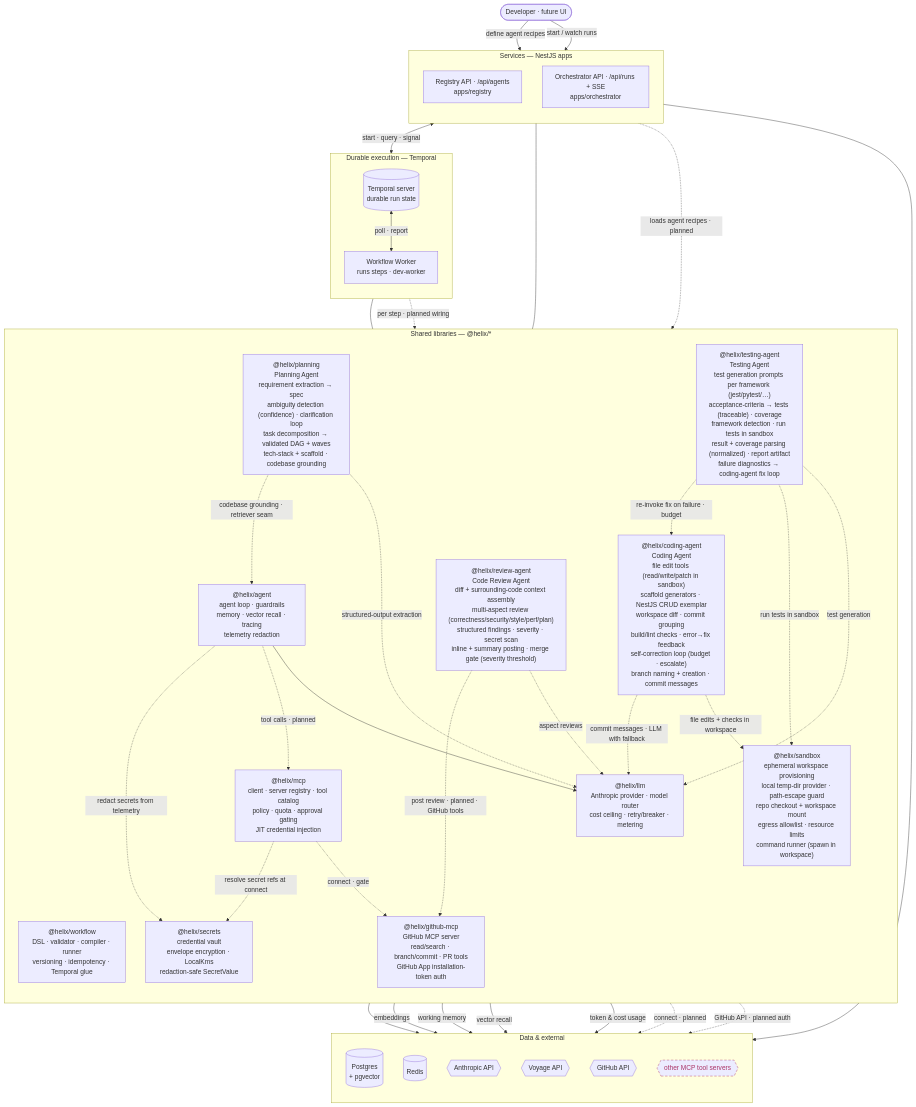
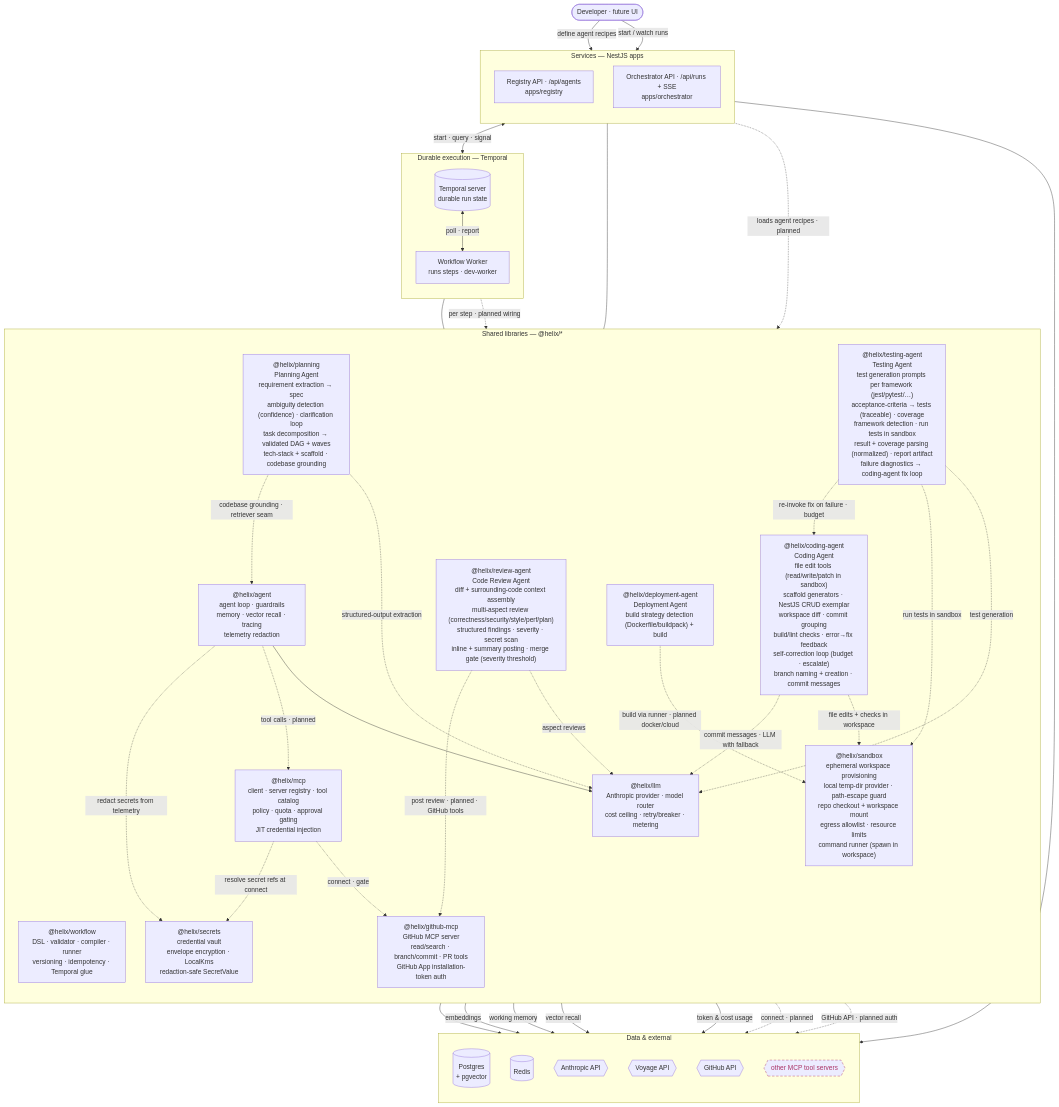
One commit to shhashhank/helix changed the first of 2 diagrams in docs/ARCHITECTURE.md. Above: the diagram before and after it, drawn with Mermaid. The commit also changed other lines of this file and 12 other files, not shown here.

First line of the commit message:
HELIX-124: Dockerfile/buildpack detection + build (#88)

````diff
--- a/docs/ARCHITECTURE.md
+++ b/docs/ARCHITECTURE.md
@@ -16,75 +16,77 @@
 ```mermaid
 flowchart TB
   user([Developer · future UI])
 
   subgraph svc["Services — NestJS apps"]
     direction TB
     reg["Registry API · /api/agents<br/>apps/registry"]
     orc["Orchestrator API · /api/runs + SSE<br/>apps/orchestrator"]
   end
 
   subgraph dur["Durable execution — Temporal"]
     direction TB
     tmp[("Temporal server<br/>durable run state")]
     wkr["Workflow Worker<br/>runs steps · dev-worker"]
   end
 
   subgraph lib["Shared libraries — @helix/*"]
     direction TB
     wf["@helix/workflow<br/>DSL · validator · compiler · runner<br/>versioning · idempotency · Temporal glue"]
     ag["@helix/agent<br/>agent loop · guardrails<br/>memory · vector recall · tracing<br/>telemetry redaction"]
     lm["@helix/llm<br/>Anthropic provider · model router<br/>cost ceiling · retry/breaker · metering"]
     mc["@helix/mcp<br/>client · server registry · tool catalog<br/>policy · quota · approval gating<br/>JIT credential injection"]
     gh["@helix/github-mcp<br/>GitHub MCP server<br/>read/search · branch/commit · PR tools<br/>GitHub App installation-token auth"]
     sec["@helix/secrets<br/>credential vault<br/>envelope encryption · LocalKms<br/>redaction-safe SecretValue"]
     pl["@helix/planning<br/>Planning Agent<br/>requirement extraction → spec<br/>ambiguity detection (confidence) · clarification loop<br/>task decomposition → validated DAG + waves<br/>tech-stack + scaffold · codebase grounding"]
     sbx["@helix/sandbox<br/>ephemeral workspace provisioning<br/>local temp-dir provider · path-escape guard<br/>repo checkout + workspace mount<br/>egress allowlist · resource limits<br/>command runner (spawn in workspace)"]
     cag["@helix/coding-agent<br/>Coding Agent<br/>file edit tools (read/write/patch in sandbox)<br/>scaffold generators · NestJS CRUD exemplar<br/>workspace diff · commit grouping<br/>build/lint checks · error→fix feedback<br/>self-correction loop (budget · escalate)<br/>branch naming + creation · commit messages"]
     rev["@helix/review-agent<br/>Code Review Agent<br/>diff + surrounding-code context assembly<br/>multi-aspect review (correctness/security/style/perf/plan)<br/>structured findings · severity · secret scan<br/>inline + summary posting · merge gate (severity threshold)"]
     tst["@helix/testing-agent<br/>Testing Agent<br/>test generation prompts per framework (jest/pytest/…)<br/>acceptance-criteria → tests (traceable) · coverage<br/>framework detection · run tests in sandbox<br/>result + coverage parsing (normalized) · report artifact<br/>failure diagnostics → coding-agent fix loop"]
+    dep["@helix/deployment-agent<br/>Deployment Agent<br/>build strategy detection (Dockerfile/buildpack) + build"]
   end
 
   subgraph dat["Data & external"]
     direction TB
     pg[("Postgres<br/>+ pgvector")]
     rd[("Redis")]
     an{{Anthropic API}}
     vo{{Voyage API}}
     gha{{GitHub API}}
     ext{{other MCP tool servers}}
   end
 
   user -->|define agent recipes| reg
   user -->|start / watch runs| orc
   reg --> pg
   orc <-->|start · query · signal| tmp
   tmp <-->|poll · report| wkr
   wkr --- wf
   orc --- wf
   wkr -.->|per step · planned wiring| ag
   reg -.->|loads agent recipes · planned| ag
   ag --> lm
   ag -.->|tool calls · planned| mc
   lm --> an
   ag -->|embeddings| vo
   ag -->|working memory| rd
   ag -->|vector recall| pg
   lm -->|token & cost usage| pg
   mc -.->|connect · gate| gh
   mc -.->|connect · planned| ext
   mc -.->|resolve secret refs at connect| sec
   ag -.->|redact secrets from telemetry| sec
   pl -.->|structured-output extraction| lm
   pl -.->|codebase grounding · retriever seam| ag
   cag -.->|file edits + checks in workspace| sbx
   cag -.->|commit messages · LLM with fallback| lm
   rev -.->|aspect reviews| lm
   tst -.->|test generation| lm
   tst -.->|run tests in sandbox| sbx
   tst -.->|re-invoke fix on failure · budget| cag
+  dep -.->|build via runner · planned docker/cloud| sbx
   rev -.->|post review · planned · GitHub tools| gh
   gh -.->|GitHub API · planned auth| gha
 
   classDef planned stroke-dasharray:6 4,stroke:#a36,color:#a36;
   class ext planned;
 ```
````
